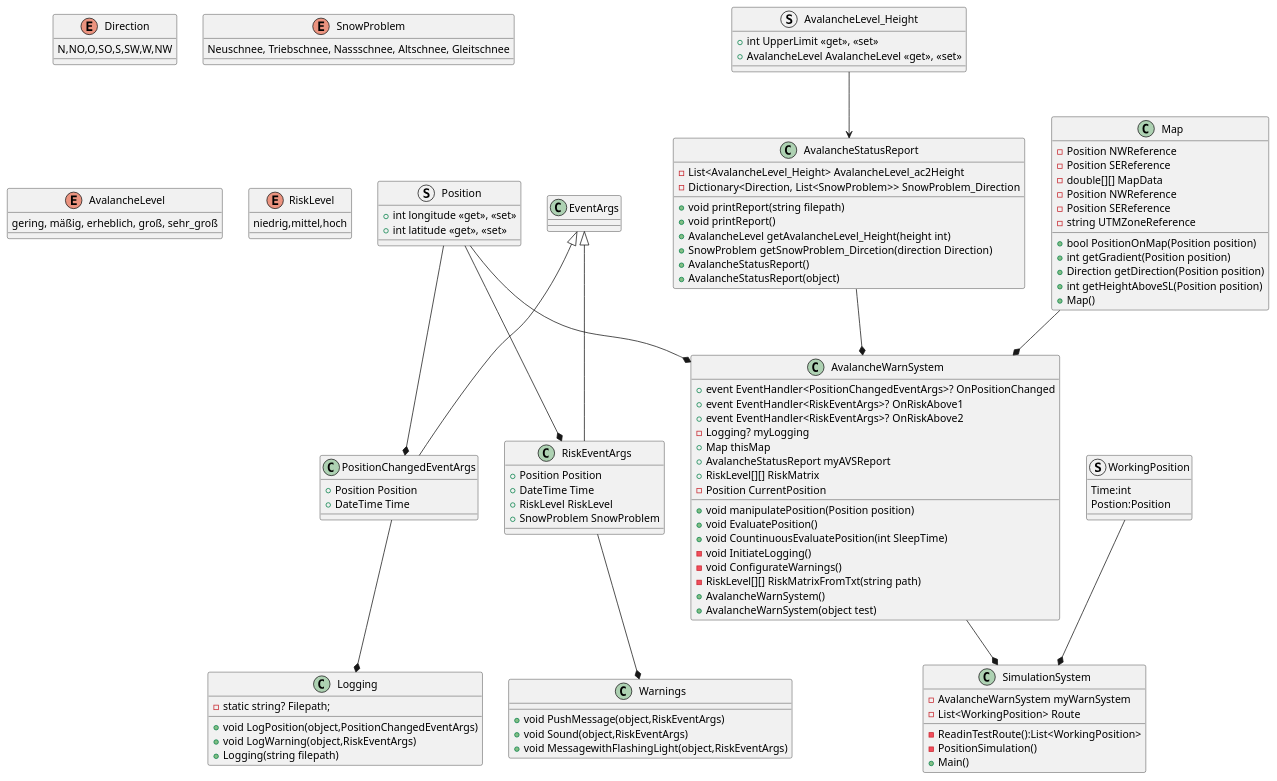
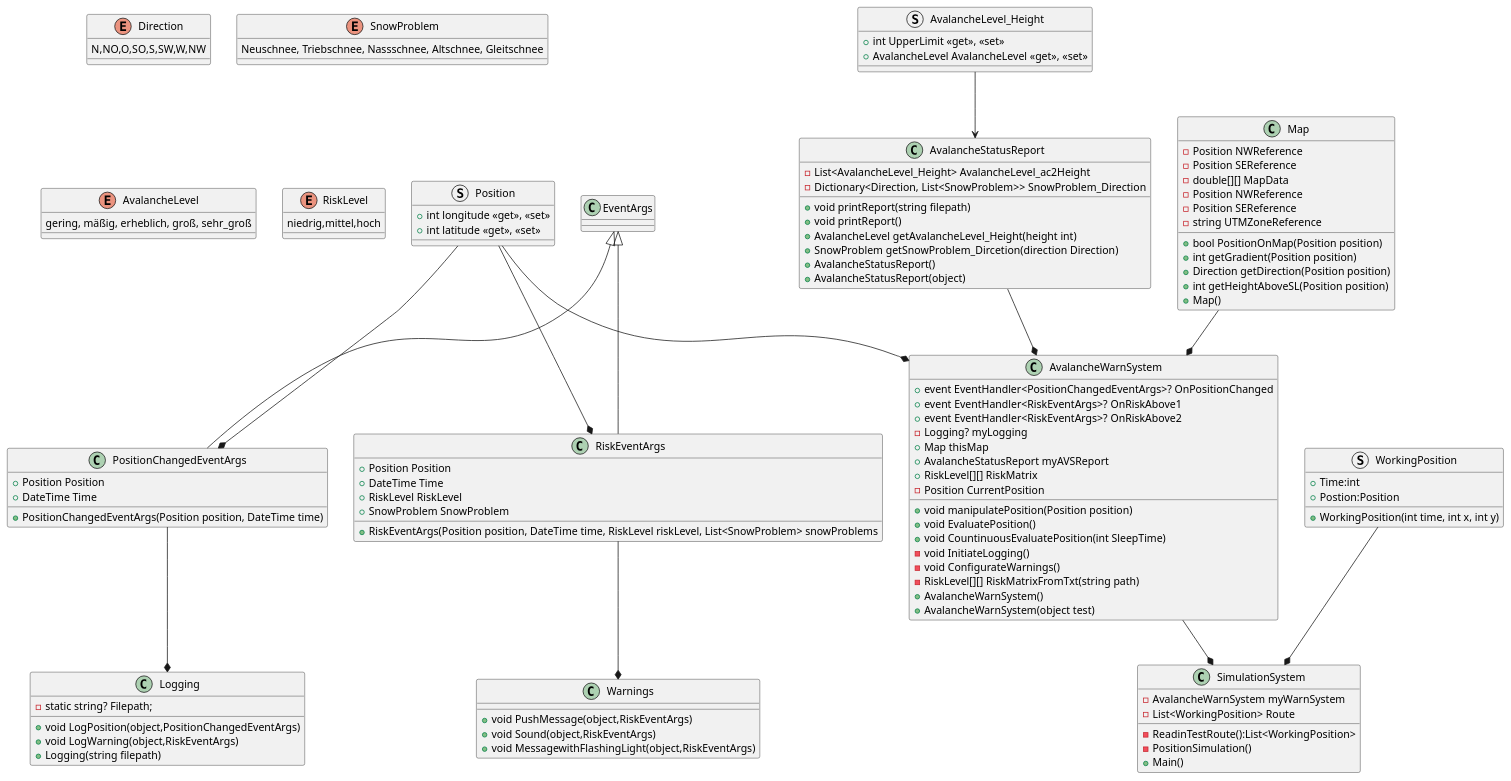
The diagram in ClassDiagram.puml (ganz-anders/poorgrammar), drawn with PlantUML before and after one commit.

Commit message:
Updatet ClassDiagram - struct constructors

```diff
--- a/ClassDiagram.puml
+++ b/ClassDiagram.puml
@@ -1,137 +1,140 @@
 @startuml ClassDiagram
 enum Direction
 {
     N,NO,O,SO,S,SW,W,NW
 }
 
 enum SnowProblem
 {
     Neuschnee, Triebschnee, Nassschnee, Altschnee, Gleitschnee
 }
 
 enum AvalancheLevel
 {
     gering, mäßig, erheblich, groß, sehr_groß
 }
 
 enum RiskLevel
 {
     niedrig,mittel,hoch
 }
 
 struct Position
 {
     + int longitude <<get>>, <<set>>
     + int latitude <<get>>, <<set>>
 }
 
 struct AvalancheLevel_Height
 {
     + int UpperLimit <<get>>, <<set>>
     + AvalancheLevel AvalancheLevel <<get>>, <<set>>
 }
 
 class AvalancheStatusReport
 {
     - List<AvalancheLevel_Height> AvalancheLevel_ac2Height
     - Dictionary<Direction, List<SnowProblem>> SnowProblem_Direction
     + void printReport(string filepath)
     + void printReport()
     + AvalancheLevel getAvalancheLevel_Height(height int)
     + SnowProblem getSnowProblem_Dircetion(direction Direction)
     + AvalancheStatusReport()
     + AvalancheStatusReport(object)
 }
 
 class Map
 {
     - Position NWReference
     - Position SEReference
     - double[][] MapData
     - Position NWReference
     - Position SEReference
     - string UTMZoneReference
     + bool PositionOnMap(Position position)
     + int getGradient(Position position)
     + Direction getDirection(Position position)
     + int getHeightAboveSL(Position position)
     + Map()
 }
 
 class Warnings
 {
     + void PushMessage(object,RiskEventArgs)
     + void Sound(object,RiskEventArgs)
     + void MessagewithFlashingLight(object,RiskEventArgs)
 }
 
 class Logging
 {
     - static string? Filepath;
     + void LogPosition(object,PositionChangedEventArgs)
     + void LogWarning(object,RiskEventArgs)
     + Logging(string filepath)
 }
 
 class PositionChangedEventArgs
 {
     + Position Position
     + DateTime Time
+    + PositionChangedEventArgs(Position position, DateTime time)
 }
 
 class RiskEventArgs
 {
     + Position Position
     + DateTime Time
     + RiskLevel RiskLevel
     + SnowProblem SnowProblem
+    + RiskEventArgs(Position position, DateTime time, RiskLevel riskLevel, List<SnowProblem> snowProblems
 }
 
 class AvalancheWarnSystem
 {
     + event EventHandler<PositionChangedEventArgs>? OnPositionChanged
     + event EventHandler<RiskEventArgs>? OnRiskAbove1
     + event EventHandler<RiskEventArgs>? OnRiskAbove2
     - Logging? myLogging
     + Map thisMap
     + AvalancheStatusReport myAVSReport
     + RiskLevel[][] RiskMatrix
     - Position CurrentPosition 
     + void manipulatePosition(Position position)
     + void EvaluatePosition()
     + void CountinuousEvaluatePosition(int SleepTime)
     - void InitiateLogging()
     - void ConfigurateWarnings()
     - RiskLevel[][] RiskMatrixFromTxt(string path)
     + AvalancheWarnSystem()
     + AvalancheWarnSystem(object test)
 }
 
 struct WorkingPosition
 {
-    Time:int
-    Postion:Position    
+    + Time:int
+    + Postion:Position
+    + WorkingPosition(int time, int x, int y)    
 }
 class SimulationSystem
 {
     - AvalancheWarnSystem myWarnSystem
     - List<WorkingPosition> Route
     - ReadinTestRoute():List<WorkingPosition>
     - PositionSimulation()
     + Main()
 }
 
 RiskEventArgs --* Warnings
 PositionChangedEventArgs --* Logging
 EventArgs <|-- RiskEventArgs
 EventArgs <|-- PositionChangedEventArgs
 AvalancheLevel_Height --> AvalancheStatusReport
 Position --* RiskEventArgs
 Position --* PositionChangedEventArgs
 Position --* AvalancheWarnSystem
 AvalancheStatusReport --* AvalancheWarnSystem
 Map --* AvalancheWarnSystem
 AvalancheWarnSystem --* SimulationSystem
 WorkingPosition --* SimulationSystem
 
 @enduml
```
